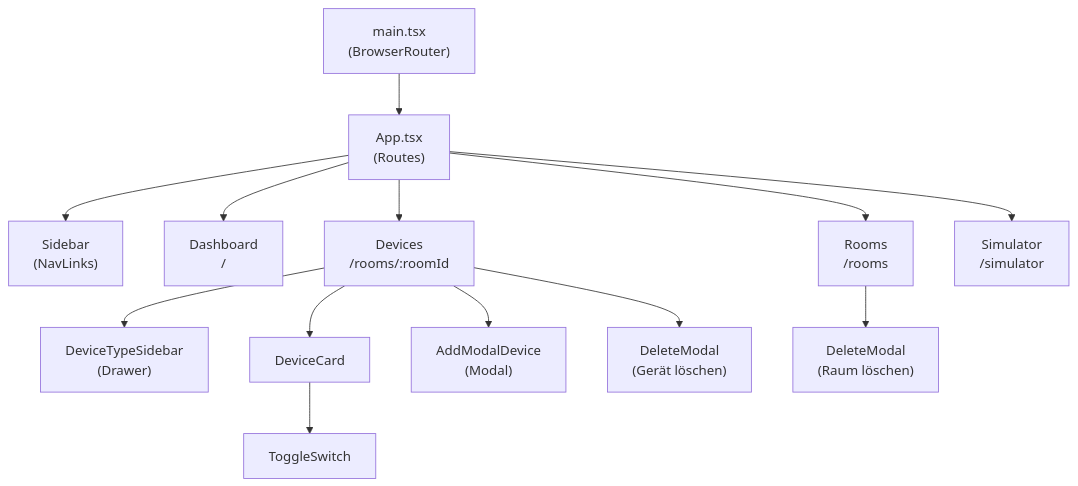
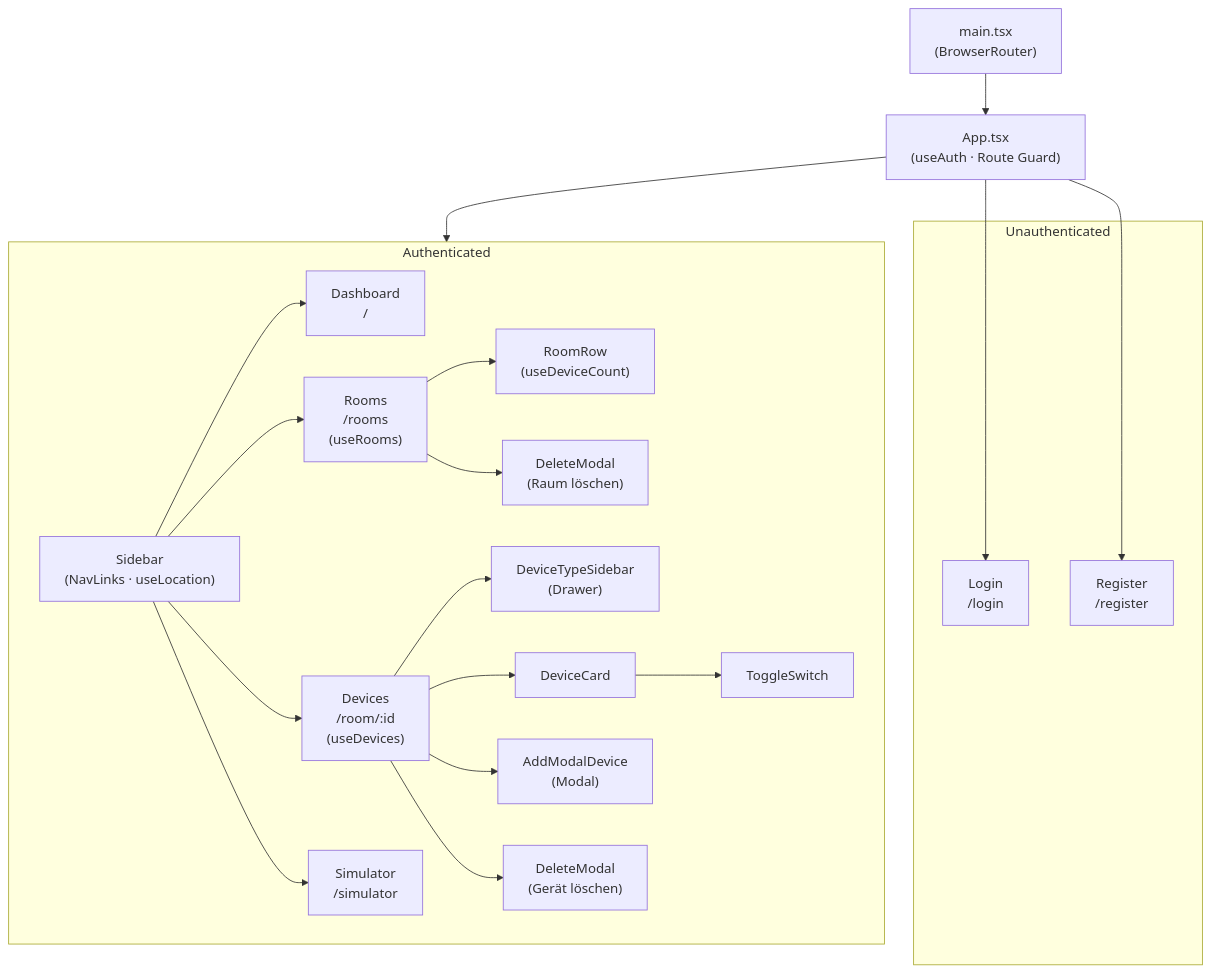
The first of 4 diagrams in docs/uml-diagram.md (jku-win-se/teaching-2026.ss.prse.braeuer.team5), drawn with Mermaid before and after one commit. The commit also changed other lines of this file, not shown here.

Commit message:
#62 [0.2] Update UML Diagramm für Auth Flow

````diff
--- a/docs/uml-diagram.md
+++ b/docs/uml-diagram.md
@@ -5,31 +5,44 @@
 ```mermaid
 graph TD
     main["main.tsx\n(BrowserRouter)"]
-    App["App.tsx\n(Routes)"]
-    Sidebar["Sidebar\n(NavLinks)"]
-    Dashboard["Dashboard\n/"]
-    Rooms["Rooms\n/rooms"]
-    Devices["Devices\n/rooms/:roomId"]
-    Simulator["Simulator\n/simulator"]
-    DeviceTypeSidebar["DeviceTypeSidebar\n(Drawer)"]
-    DeviceCard["DeviceCard"]
-    ToggleSwitch["ToggleSwitch"]
-    AddModalDevice["AddModalDevice\n(Modal)"]
-    DeleteModalDevices["DeleteModal\n(Gerät löschen)"]
-    DeleteModalRooms["DeleteModal\n(Raum löschen)"]
+    App["App.tsx\n(useAuth · Route Guard)"]
+
+    subgraph Unauthenticated
+        Login["Login\n/login"]
+        Register["Register\n/register"]
+    end
+
+    subgraph Authenticated
+        Sidebar["Sidebar\n(NavLinks · useLocation)"]
+        Dashboard["Dashboard\n/"]
+        Rooms["Rooms\n/rooms\n(useRooms)"]
+        RoomRow["RoomRow\n(useDeviceCount)"]
+        Devices["Devices\n/room/:id\n(useDevices)"]
+        Simulator["Simulator\n/simulator"]
+        DeviceTypeSidebar["DeviceTypeSidebar\n(Drawer)"]
+        DeviceCard["DeviceCard"]
+        ToggleSwitch["ToggleSwitch"]
+        AddModalDevice["AddModalDevice\n(Modal)"]
+        DeleteModalDevices["DeleteModal\n(Gerät löschen)"]
+        DeleteModalRooms["DeleteModal\n(Raum löschen)"]
+    end
 
     main --> App
-    App --> Sidebar
-    App --> Dashboard
-    App --> Rooms
-    App --> Devices
-    App --> Simulator
+    App --> Login
+    App --> Register
+    App --> Authenticated
 
+    Sidebar --> Dashboard
+    Sidebar --> Rooms
+    Sidebar --> Devices
+    Sidebar --> Simulator
+
+    Rooms --> RoomRow
     Rooms --> DeleteModalRooms
 
     Devices --> DeviceTypeSidebar
     Devices --> DeviceCard
     Devices --> AddModalDevice
     Devices --> DeleteModalDevices
     DeviceCard --> ToggleSwitch
 ```
````
